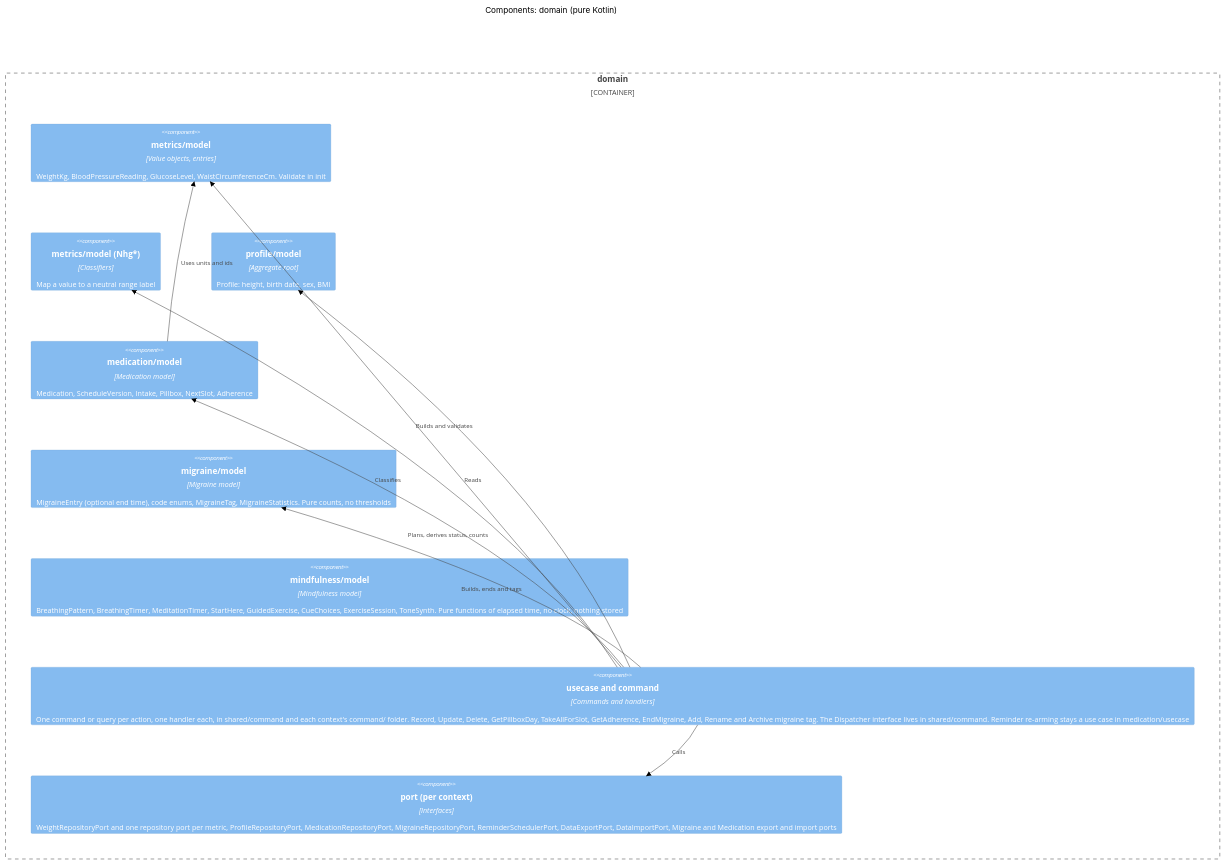
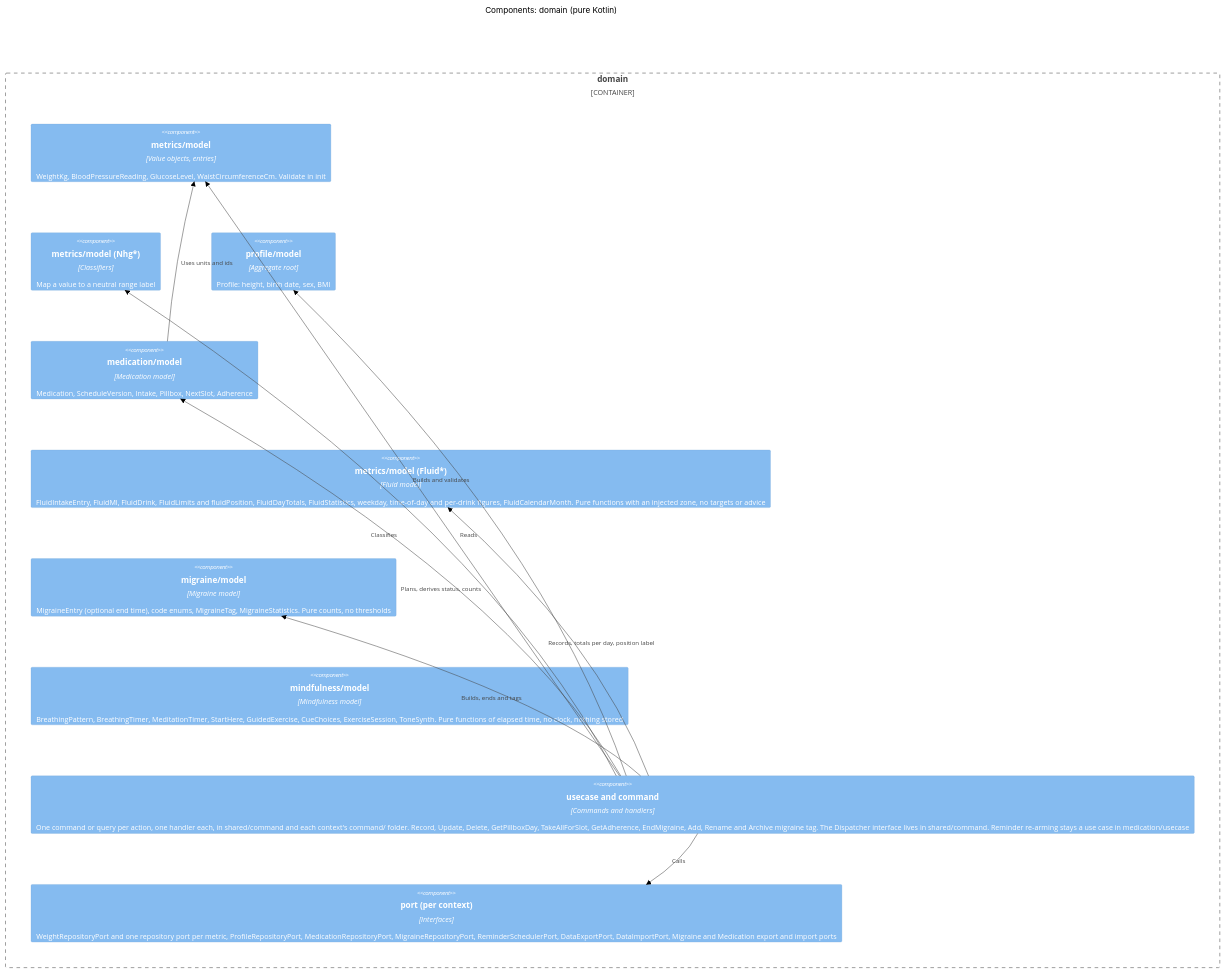
Before and after one commit to mannetje/health_journal: the third of 14 diagrams in docs/dev/c4.md, drawn with Mermaid (forest theme). The commit also changed other lines of this file and 15 other files, not shown here.

Commit message:
docs: Fluid in backup format, database, C4, architecture, dev docs, README and changelog

````diff
--- a/docs/dev/c4.md
+++ b/docs/dev/c4.md
@@ -73,23 +73,25 @@
 ```mermaid
 C4Component
     title Components: domain (pure Kotlin)
 
     Container_Boundary(domain, "domain") {
         Component(metrics, "metrics/model", "Value objects, entries", "WeightKg, BloodPressureReading, GlucoseLevel, WaistCircumferenceCm. Validate in init")
         Component(nhg, "metrics/model (Nhg*)", "Classifiers", "Map a value to a neutral range label")
         Component(profile, "profile/model", "Aggregate root", "Profile: height, birth date, sex, BMI")
         Component(med, "medication/model", "Medication model", "Medication, ScheduleVersion, Intake, Pillbox, NextSlot, Adherence")
+        Component(fluid, "metrics/model (Fluid*)", "Fluid model", "FluidIntakeEntry, FluidMl, FluidDrink, FluidLimits and fluidPosition, FluidDayTotals, FluidStatistics, weekday, time-of-day and per-drink figures, FluidCalendarMonth. Pure functions with an injected zone, no targets or advice")
         Component(mig, "migraine/model", "Migraine model", "MigraineEntry (optional end time), code enums, MigraineTag, MigraineStatistics. Pure counts, no thresholds")
         Component(mind, "mindfulness/model", "Mindfulness model", "BreathingPattern, BreathingTimer, MeditationTimer, StartHere, GuidedExercise, CueChoices, ExerciseSession, ToneSynth. Pure functions of elapsed time, no clock, nothing stored")
         Component(uc, "usecase and command", "Commands and handlers", "One command or query per action, one handler each, in shared/command and each context's command/ folder. Record, Update, Delete, GetPillboxDay, TakeAllForSlot, GetAdherence, EndMigraine, Add, Rename and Archive migraine tag. The Dispatcher interface lives in shared/command. Reminder re-arming stays a use case in medication/usecase")
         Component(ports, "port (per context)", "Interfaces", "WeightRepositoryPort and one repository port per metric, ProfileRepositoryPort, MedicationRepositoryPort, MigraineRepositoryPort, ReminderSchedulerPort, DataExportPort, DataImportPort, Migraine and Medication export and import ports")
     }
 
     Rel(uc, metrics, "Builds and validates")
     Rel(uc, nhg, "Classifies")
     Rel(uc, profile, "Reads")
     Rel(uc, med, "Plans, derives status, counts")
+    Rel(uc, fluid, "Records, totals per day, position label")
     Rel(uc, mig, "Builds, ends and tags")
     Rel(uc, ports, "Calls")
     Rel(med, metrics, "Uses units and ids")
 ```
````
